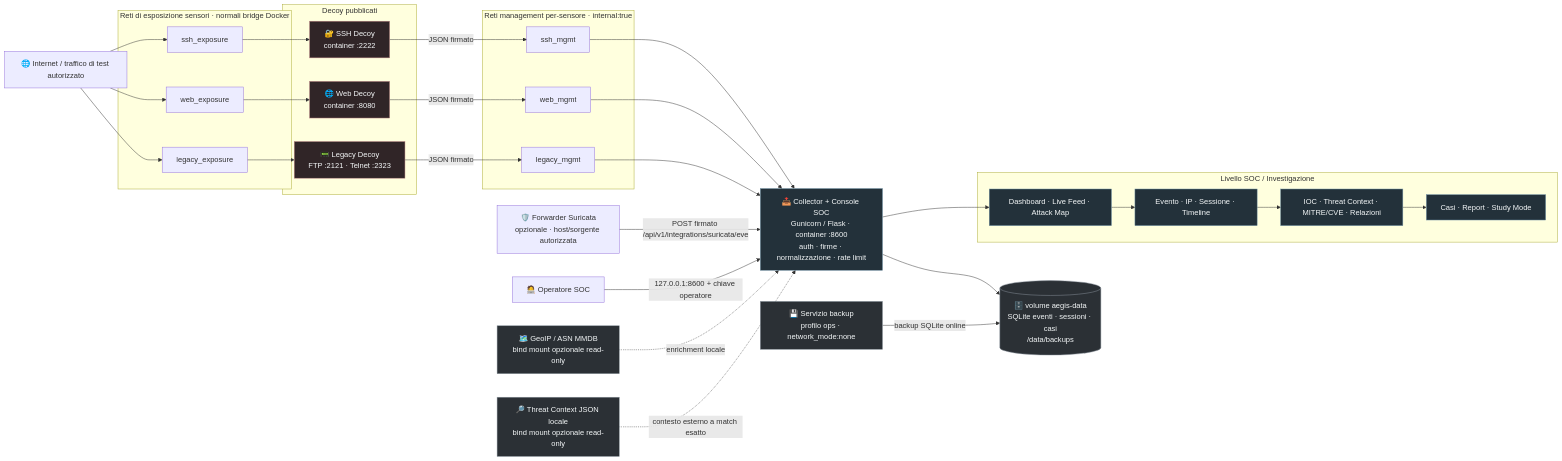
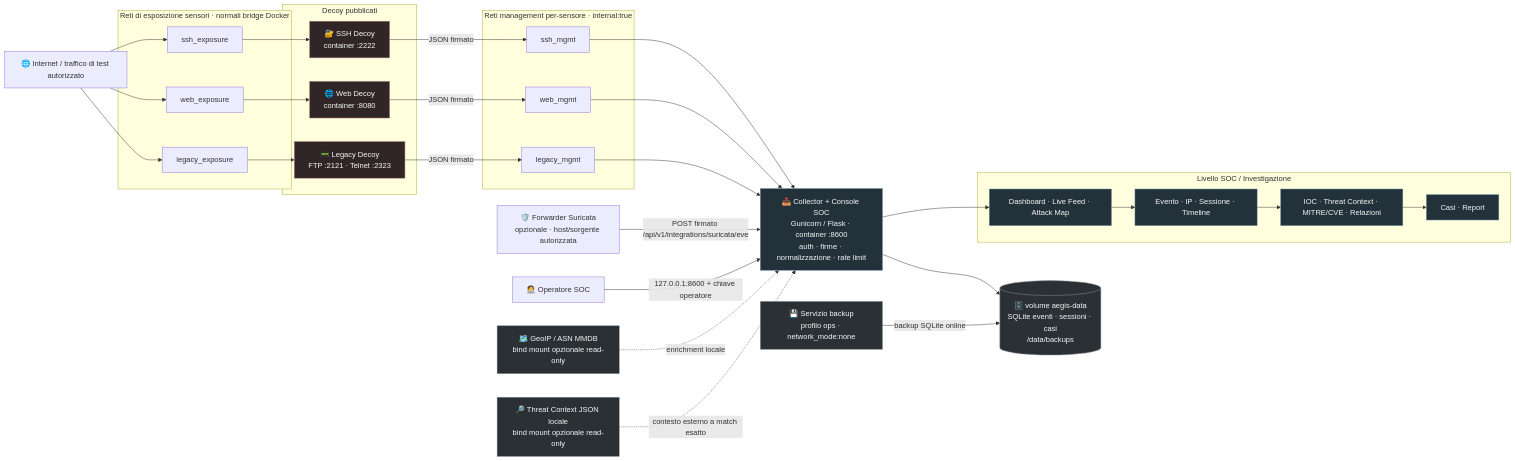
Before and after one commit to chiaraberti13/AEGIS-NEXUS: the diagram in README.it.md, drawn with Mermaid. The commit also changed other lines of this file and 13 other files, not shown here.

First line of the commit message:
feat(study)!: remove Study Mode (module, endpoints, view, docs) — Cycle J dropped

````diff
--- a/README.it.md
+++ b/README.it.md
@@ -55,62 +55,62 @@
 ```mermaid
 flowchart LR
     traffic["🌐 Internet / traffico di test autorizzato"]
     operator["🧑‍💻 Operatore SOC"]
     suricata["🛡️ Forwarder Suricata<br/>opzionale · host/sorgente autorizzata"]
 
     subgraph exposure["Reti di esposizione sensori · normali bridge Docker"]
         sx["ssh_exposure"]
         wx["web_exposure"]
         lx["legacy_exposure"]
     end
 
     subgraph traps["Decoy pubblicati"]
         ssh["🔐 SSH Decoy<br/>container :2222"]
         web["🌐 Web Decoy<br/>container :8080"]
         legacy["📟 Legacy Decoy<br/>FTP :2121 · Telnet :2323"]
     end
 
     subgraph mgmt["Reti management per-sensore · internal:true"]
         sm["ssh_mgmt"]
         wm["web_mgmt"]
         lm["legacy_mgmt"]
     end
 
     collector["📥 Collector + Console SOC<br/>Gunicorn / Flask · container :8600<br/>auth · firme · normalizzazione · rate limit"]
     data[("🗄️ volume aegis-data<br/>SQLite eventi · sessioni · casi<br/>/data/backups")]
     geo["🗺️ GeoIP / ASN MMDB<br/>bind mount opzionale read-only"]
     threat["🔎 Threat Context JSON locale<br/>bind mount opzionale read-only"]
     backup["💾 Servizio backup<br/>profilo ops · network_mode:none"]
 
     subgraph soc["Livello SOC / Investigazione"]
         dashboard["Dashboard · Live Feed · Attack Map"]
         investigation["Evento · IP · Sessione · Timeline"]
         analysis["IOC · Threat Context · MITRE/CVE · Relazioni"]
-        cases["Casi · Report · Study Mode"]
+        cases["Casi · Report"]
     end
 
     traffic --> sx --> ssh
     traffic --> wx --> web
     traffic --> lx --> legacy
 
     ssh -->|"JSON firmato"| sm --> collector
     web -->|"JSON firmato"| wm --> collector
     legacy -->|"JSON firmato"| lm --> collector
 
     suricata -->|"POST firmato /api/v1/integrations/suricata/eve"| collector
     operator -->|"127.0.0.1:8600 + chiave operatore"| collector
 
     geo -. "enrichment locale" .-> collector
     threat -. "contesto esterno a match esatto" .-> collector
 
     collector --> data
     backup -->|"backup SQLite online"| data
     collector --> dashboard --> investigation --> analysis --> cases
 
     classDef trap fill:#302527,stroke:#b98282,color:#f4f7f8;
     classDef core fill:#23313a,stroke:#7193a7,color:#f4f7f8;
     classDef storage fill:#2b3035,stroke:#8b959e,color:#f4f7f8;
     class ssh,web,legacy trap;
     class collector,dashboard,investigation,analysis,cases core;
     class data,geo,threat,backup storage;
 ```
````
